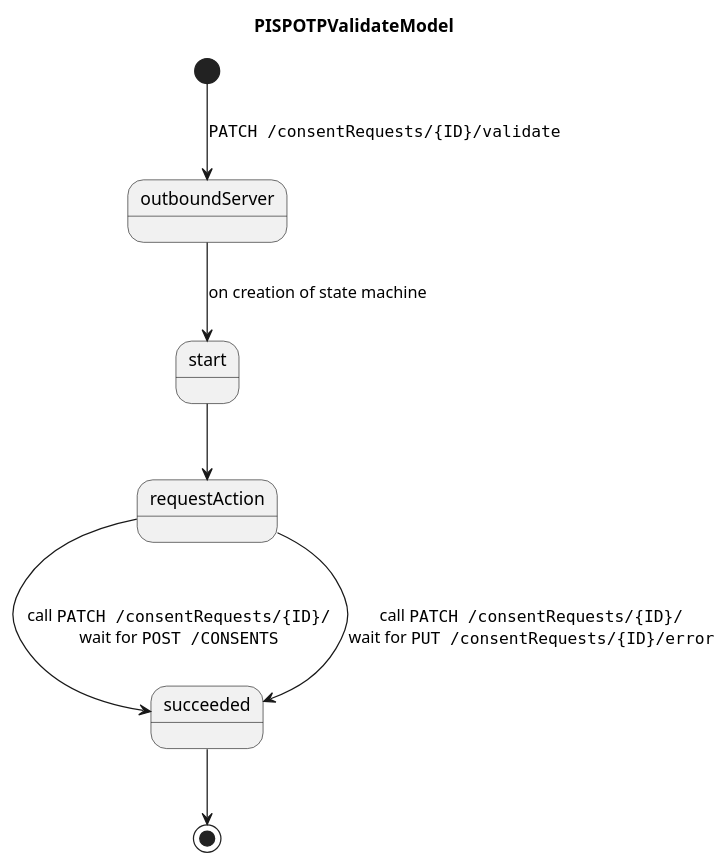
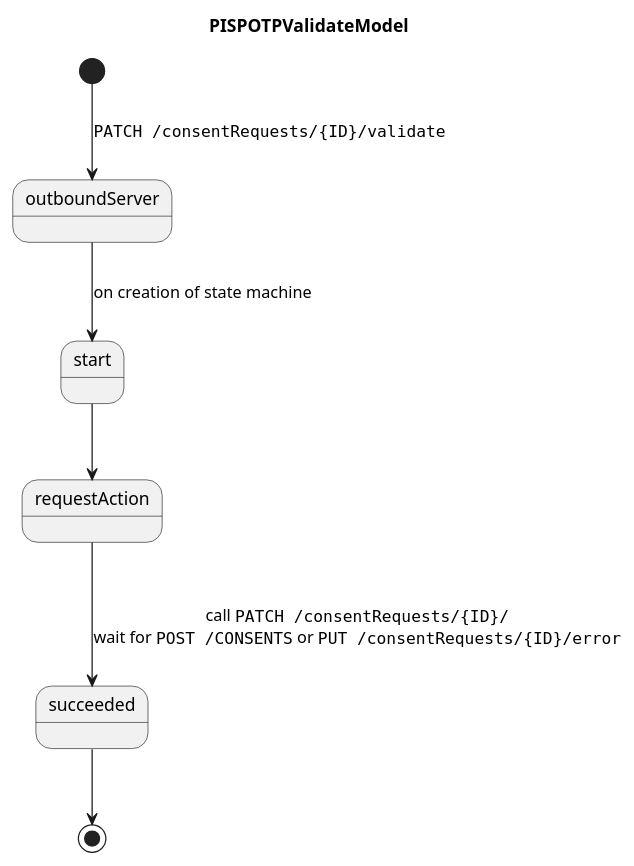
Before and after one commit to mojaloop/thirdparty-sdk: the diagram in docs/sequence/PISPOTPValidateModel.puml, drawn with PlantUML. The commit also changed 4 other files, not shown here.

Commit message:
chore: generate svg for seq diagrams

```diff
--- a/docs/sequence/PISPOTPValidateModel.puml
+++ b/docs/sequence/PISPOTPValidateModel.puml
@@ -1,13 +1,12 @@
 @startuml PISPOTPValidateModel
 
 title PISPOTPValidateModel
 
 [*] --> outboundServer: ""PATCH /consentRequests/{ID}/validate""
 outboundServer --> start: on creation of state machine
 start --> requestAction
-requestAction --> succeeded:\ncall ""PATCH /consentRequests/{ID}/""\nwait for ""POST /CONSENTS""
-requestAction --> succeeded:\ncall ""PATCH /consentRequests/{ID}/""\nwait for ""PUT /consentRequests/{ID}/error""
+requestAction --> succeeded:\ncall ""PATCH /consentRequests/{ID}/""\nwait for ""POST /CONSENTS"" or ""PUT /consentRequests/{ID}/error""
 
 succeeded --> [*]
 
 @enduml
```
